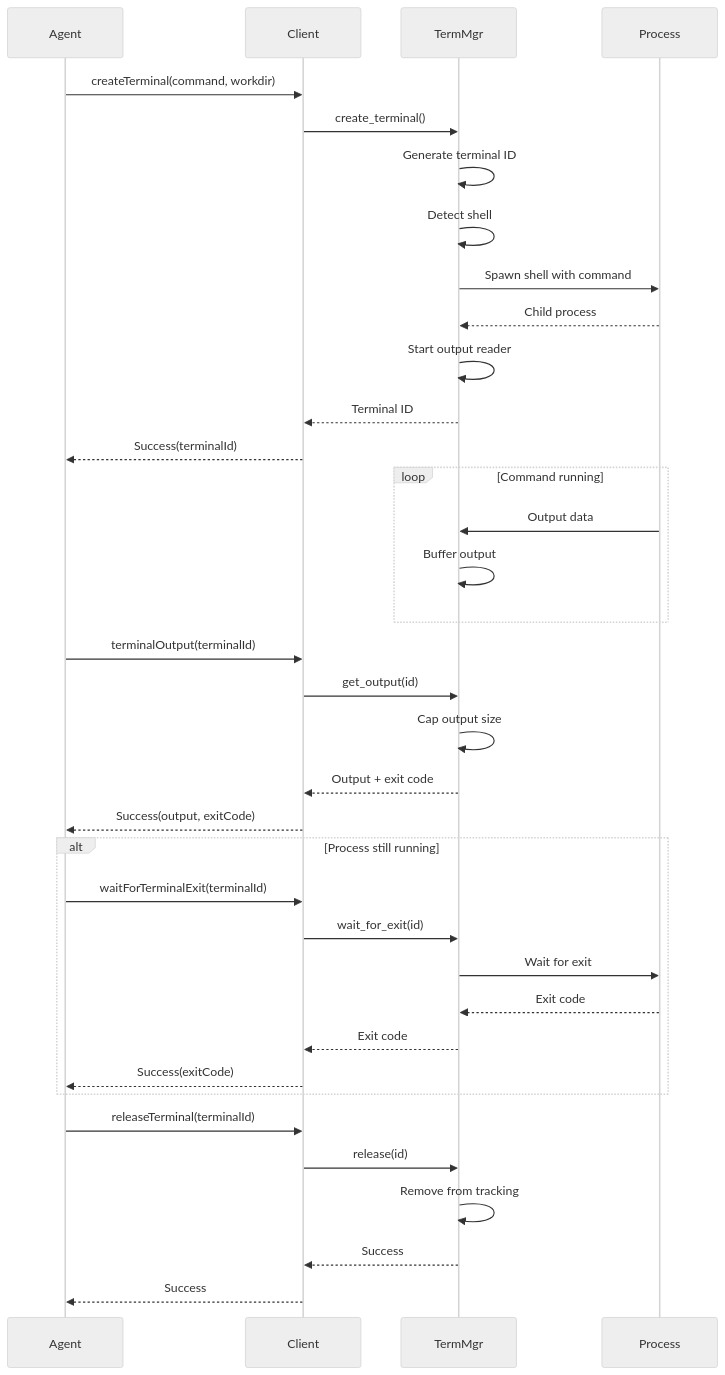
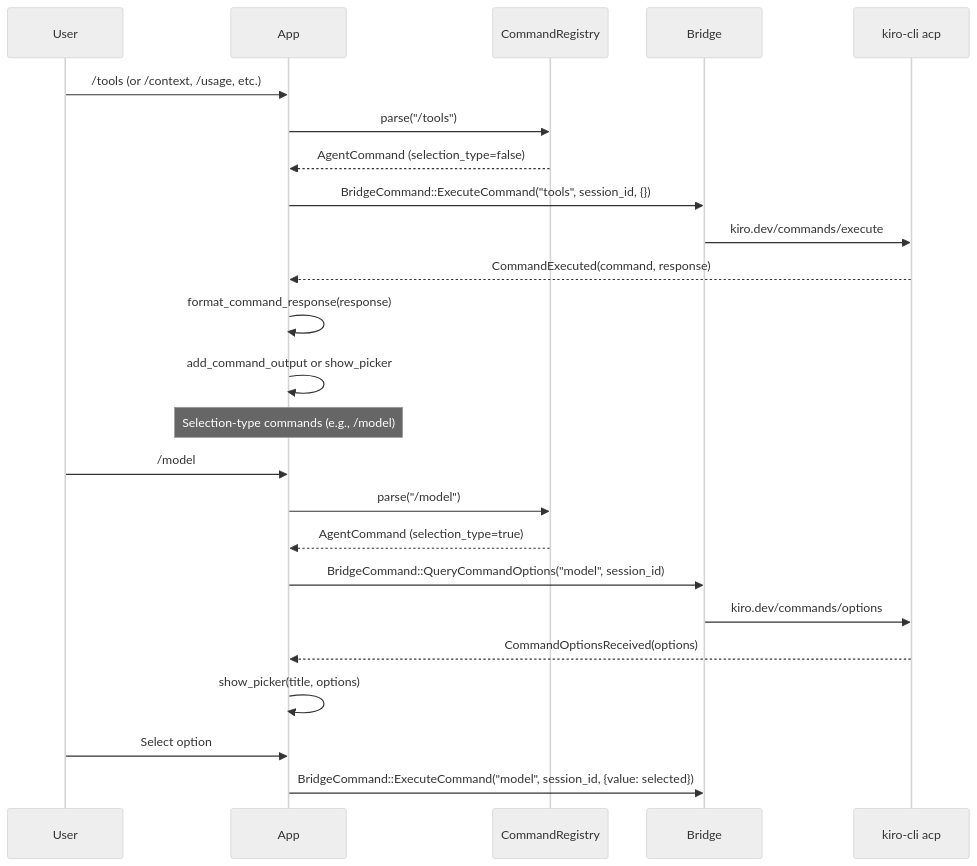
One commit to dwalleck/cyril changed the sixth of 9 diagrams in .agents/summary/workflows.md. Above: the diagram before and after it, drawn with Mermaid (neutral theme). The commit also changed other lines of this file and 9 other files, not shown here.

````diff
--- a/.agents/summary/workflows.md
+++ b/.agents/summary/workflows.md
@@ -388,43 +162,28 @@
 ```mermaid
 sequenceDiagram
-    participant Agent
-    participant Client
-    participant TermMgr
-    participant Process
-    
-    Agent->>Client: createTerminal(command, workdir)
-    Client->>TermMgr: create_terminal()
-    TermMgr->>TermMgr: Generate terminal ID
-    TermMgr->>TermMgr: Detect shell
-    TermMgr->>Process: Spawn shell with command
-    Process-->>TermMgr: Child process
-    TermMgr->>TermMgr: Start output reader
-    TermMgr-->>Client: Terminal ID
-    Client-->>Agent: Success(terminalId)
-    
-    loop Command running
-        Process->>TermMgr: Output data
-        TermMgr->>TermMgr: Buffer output
-    end
-    
-    Agent->>Client: terminalOutput(terminalId)
-    Client->>TermMgr: get_output(id)
-    TermMgr->>TermMgr: Cap output size
-    TermMgr-->>Client: Output + exit code
-    Client-->>Agent: Success(output, exitCode)
-    
-    alt Process still running
-        Agent->>Client: waitForTerminalExit(terminalId)
-        Client->>TermMgr: wait_for_exit(id)
-        TermMgr->>Process: Wait for exit
-        Process-->>TermMgr: Exit code
-        TermMgr-->>Client: Exit code
-        Client-->>Agent: Success(exitCode)
-    end
-    
-    Agent->>Client: releaseTerminal(terminalId)
-    Client->>TermMgr: release(id)
-    TermMgr->>TermMgr: Remove from tracking
-    TermMgr-->>Client: Success
-    Client-->>Agent: Success
+    participant User
+    participant App
+    participant Registry as CommandRegistry
+    participant Bridge
+    participant Agent as kiro-cli acp
+
+    User->>App: /tools (or /context, /usage, etc.)
+    App->>Registry: parse("/tools")
+    Registry-->>App: AgentCommand (selection_type=false)
+    App->>Bridge: BridgeCommand::ExecuteCommand("tools", session_id, {})
+    Bridge->>Agent: kiro.dev/commands/execute
+    Agent-->>App: CommandExecuted(command, response)
+    App->>App: format_command_response(response)
+    App->>App: add_command_output or show_picker
+
+    Note over App: Selection-type commands (e.g., /model)
+    User->>App: /model
+    App->>Registry: parse("/model")
+    Registry-->>App: AgentCommand (selection_type=true)
+    App->>Bridge: BridgeCommand::QueryCommandOptions("model", session_id)
+    Bridge->>Agent: kiro.dev/commands/options
+    Agent-->>App: CommandOptionsReceived(options)
+    App->>App: show_picker(title, options)
+    User->>App: Select option
+    App->>Bridge: BridgeCommand::ExecuteCommand("model", session_id, {value: selected})
 ```
````
